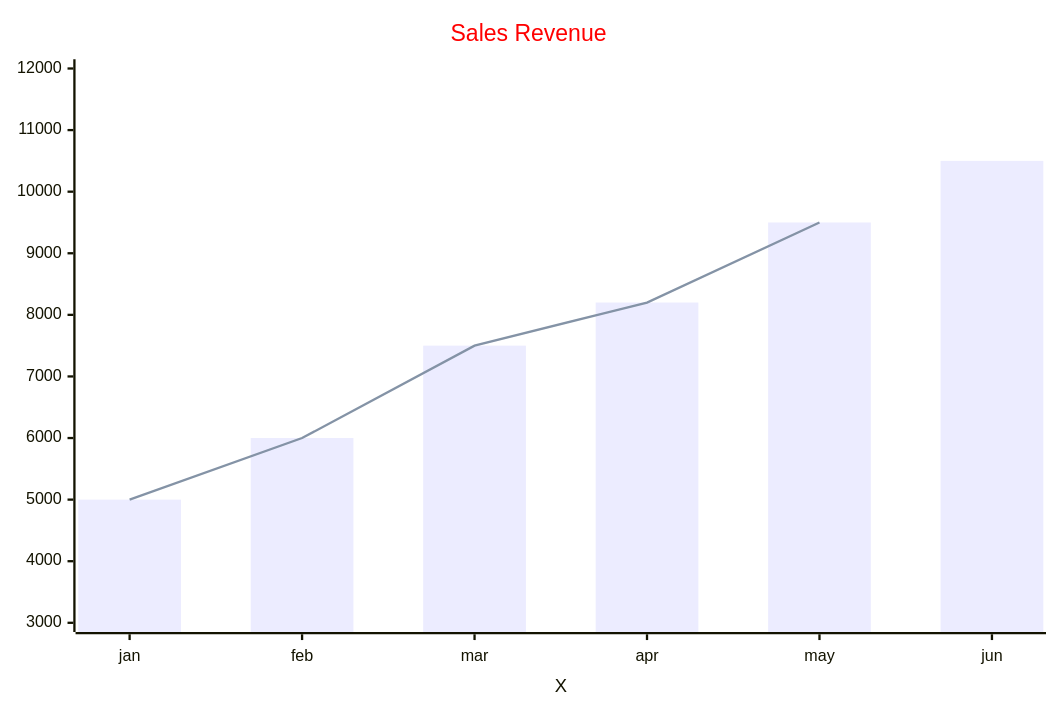
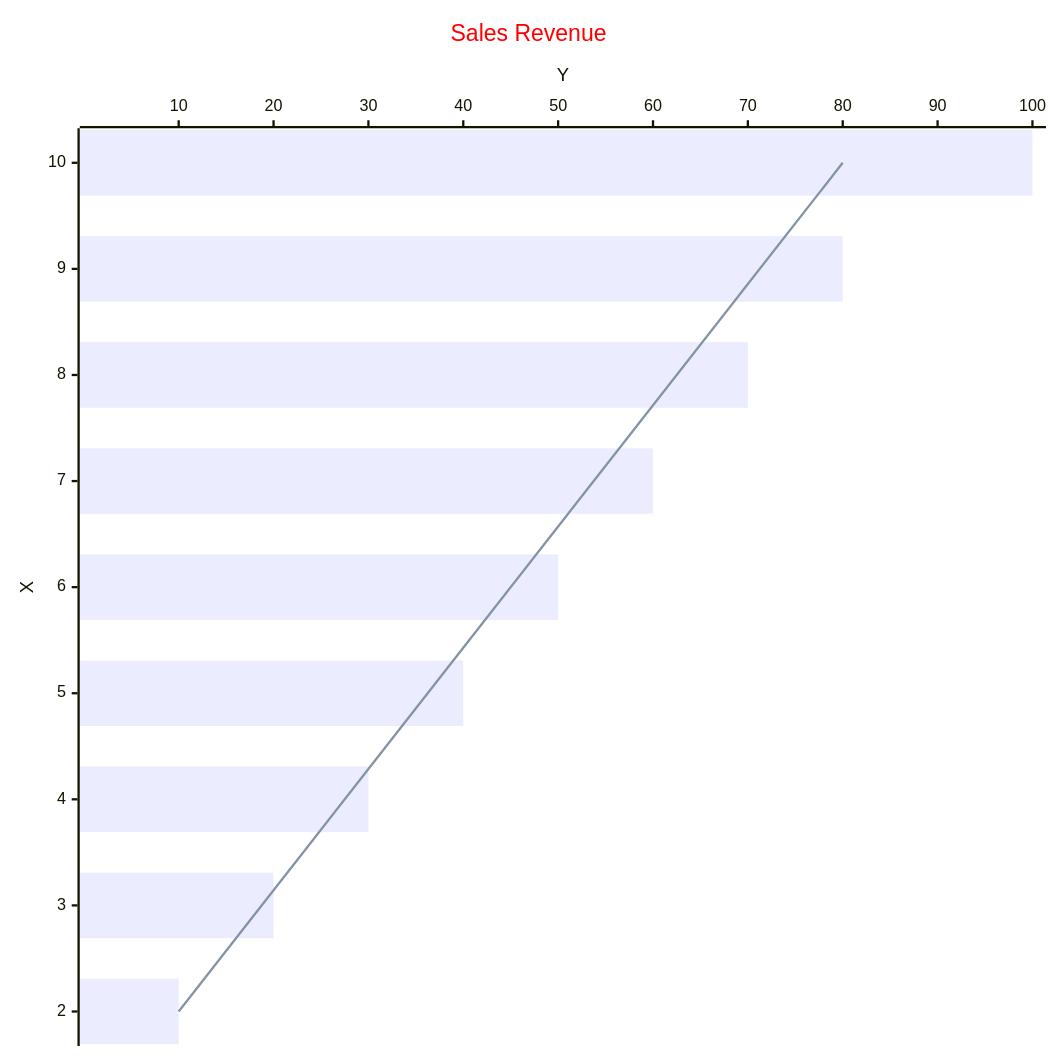
Before and after one commit to Megre/md2visio: the first of 2 diagrams in md2visio/test/xy.md, drawn with Mermaid. The commit also changed 23 other files, not shown here.

````diff
--- a/md2visio/test/xy.md
+++ b/md2visio/test/xy.md
@@ -1,22 +1,22 @@
 ```mermaid
 ---
 config:
     xyChart:
         width: 900
-        height: 600
-        chartOrientation: vertical
+        height: 900
+        chartOrientation: horizontal
         xAxis:
           showLabel: true
         yAxis:
-          showTitle: false
+          showTitle: true
     themeVariables:
         xyChart:
             titleColor: "#ff0000"
 ---
 xychart-beta 
     title "Sales Revenue"
-    x-axis X [jan, feb, mar, apr, may, jun]
-    y-axis Y 3000 --> 12000
-    bar  [5000, 6000, 7500, 8200, 9500, 10500]
-    line [5000, 6000, 7500, 8200, 9500]
+    x-axis X 2-->10
+    y-axis Y 1 -->100
+    bar  [10, 20, 30,40,50,60,70,80,100]
+    line [10, 20, 30,40,50,60,70,80]
 ```
````
